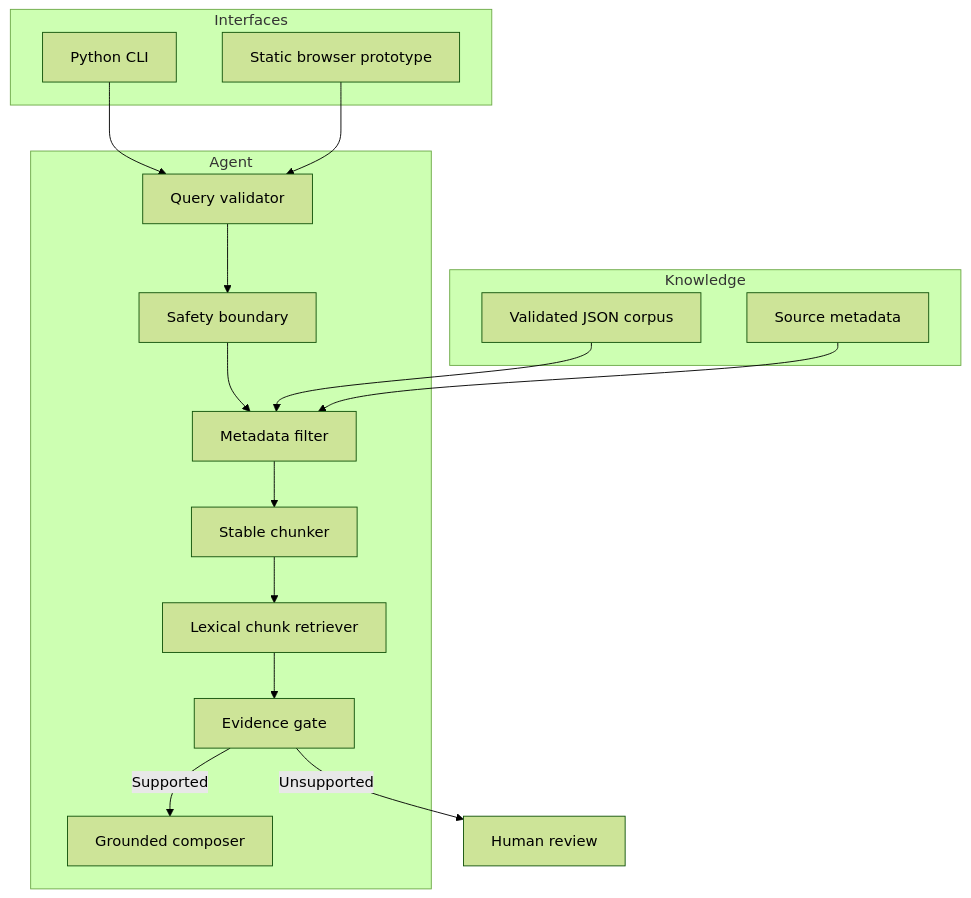
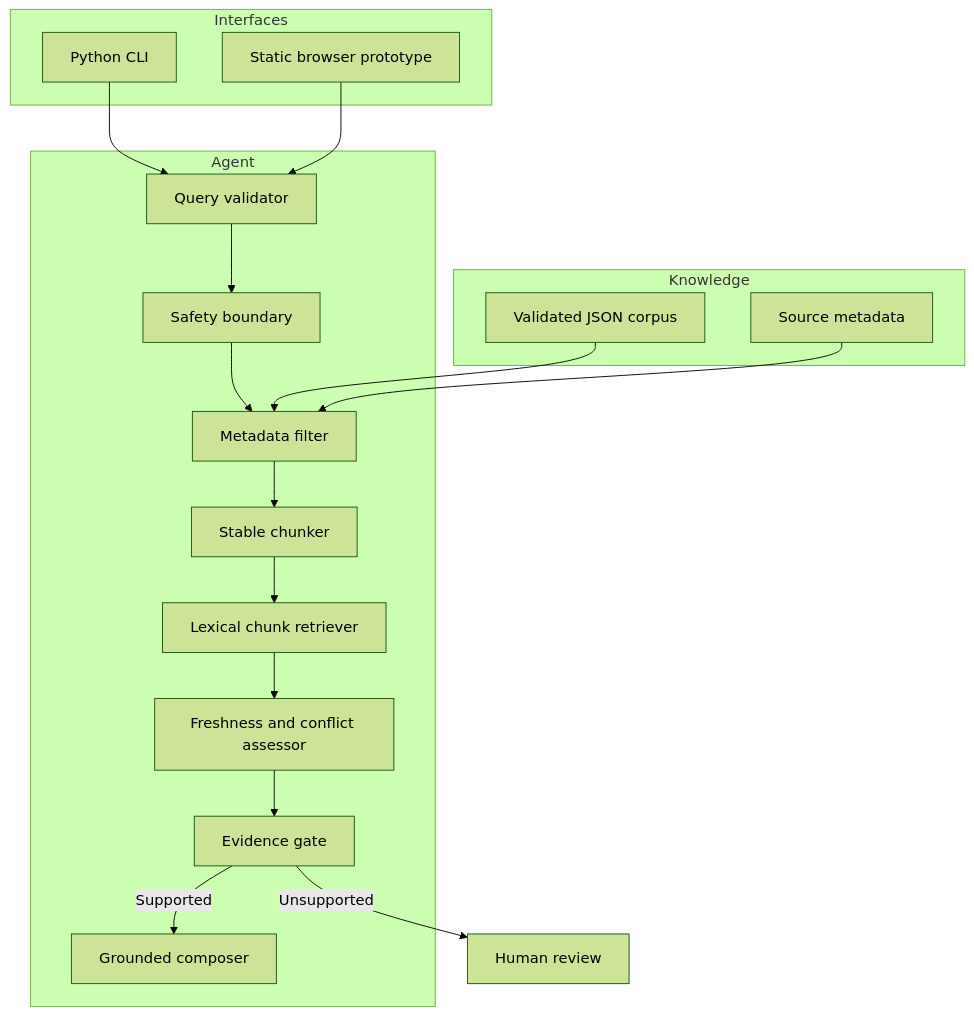
Before and after one commit to magicyao2028-pixel/enterprise-knowledge-agent: the first of 2 diagrams in docs/ARCHITECTURE.md, drawn with Mermaid (forest theme). The commit also changed other lines of this file and 19 other files, not shown here.

Commit message:
Add evidence freshness and conflict gates

````diff
--- a/docs/ARCHITECTURE.md
+++ b/docs/ARCHITECTURE.md
@@ -13,28 +13,29 @@
 ```mermaid
 flowchart TB
     subgraph Interfaces
       CLI[Python CLI]
       WEB[Static browser prototype]
     end
     subgraph Agent
       V[Query validator]
       S[Safety boundary]
       F[Metadata filter]
       K[Stable chunker]
       R[Lexical chunk retriever]
+      T[Freshness and conflict assessor]
       G[Evidence gate]
       C[Grounded composer]
     end
     subgraph Knowledge
       J[Validated JSON corpus]
       M[Source metadata]
     end
     CLI --> V
     WEB --> V
     V --> S --> F --> K --> R
     J --> F
     M --> F
-    R --> G
+    R --> T --> G
     G -->|Supported| C
     G -->|Unsupported| H[Human review]
 ```
````
